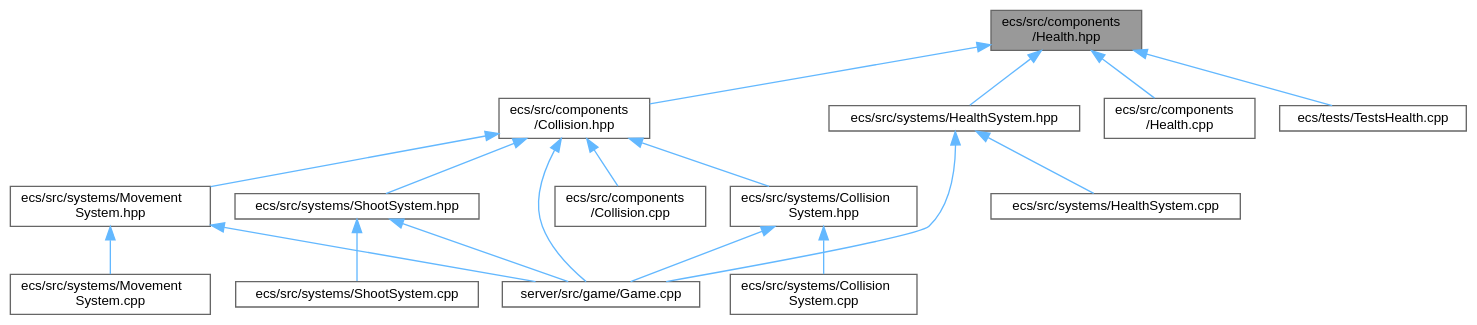
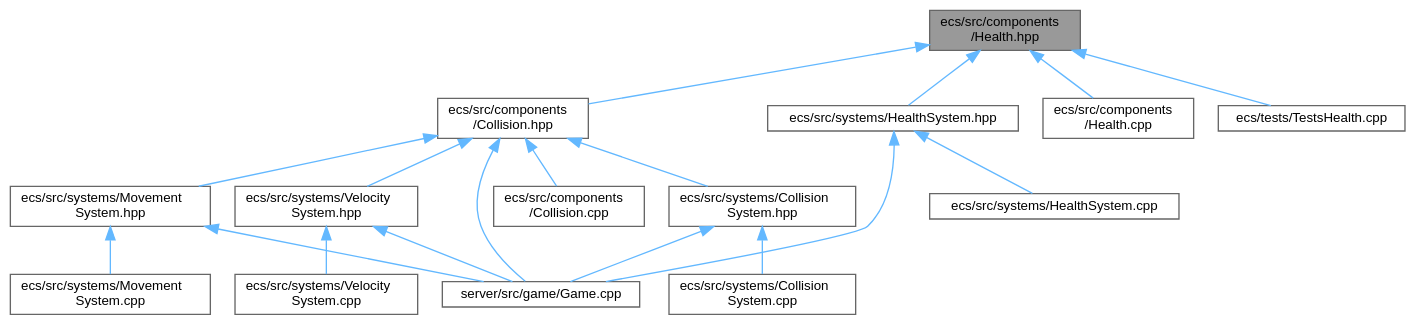
Before and after one commit to Houpsi/R-Type: the diagram in Health_8hpp__dep__incl.dot, drawn with Graphviz. The commit also changed 283 other files, not shown here.

```diff
--- a/Health_8hpp__dep__incl.dot
+++ b/Health_8hpp__dep__incl.dot
@@ -1,38 +1,38 @@
 digraph "ecs/src/components/Health.hpp"
 {
  // LATEX_PDF_SIZE
   bgcolor="transparent";
   edge [fontname=Helvetica,fontsize=10,labelfontname=Helvetica,labelfontsize=10];
   node [fontname=Helvetica,fontsize=10,shape=box,height=0.2,width=0.4];
   Node1 [id="Node000001",label="ecs/src/components\l/Health.hpp",height=0.2,width=0.4,color="gray40", fillcolor="grey60", style="filled", fontcolor="black",tooltip=" "];
   Node1 -> Node2 [id="edge1_Node000001_Node000002",dir="back",color="steelblue1",style="solid",tooltip=" "];
   Node2 [id="Node000002",label="ecs/src/components\l/Collision.hpp",height=0.2,width=0.4,color="grey40", fillcolor="white", style="filled",URL="$Collision_8hpp.html",tooltip=" "];
   Node2 -> Node3 [id="edge2_Node000002_Node000003",dir="back",color="steelblue1",style="solid",tooltip=" "];
   Node3 [id="Node000003",label="ecs/src/components\l/Collision.cpp",height=0.2,width=0.4,color="grey40", fillcolor="white", style="filled",URL="$Collision_8cpp.html",tooltip=" "];
   Node2 -> Node4 [id="edge3_Node000002_Node000004",dir="back",color="steelblue1",style="solid",tooltip=" "];
   Node4 [id="Node000004",label="ecs/src/systems/Collision\lSystem.hpp",height=0.2,width=0.4,color="grey40", fillcolor="white", style="filled",URL="$CollisionSystem_8hpp.html",tooltip=" "];
   Node4 -> Node5 [id="edge4_Node000004_Node000005",dir="back",color="steelblue1",style="solid",tooltip=" "];
   Node5 [id="Node000005",label="ecs/src/systems/Collision\lSystem.cpp",height=0.2,width=0.4,color="grey40", fillcolor="white", style="filled",URL="$CollisionSystem_8cpp.html",tooltip=" "];
   Node4 -> Node6 [id="edge5_Node000004_Node000006",dir="back",color="steelblue1",style="solid",tooltip=" "];
   Node6 [id="Node000006",label="server/src/game/Game.cpp",height=0.2,width=0.4,color="grey40", fillcolor="white", style="filled",URL="$Game_8cpp.html",tooltip=" "];
   Node2 -> Node7 [id="edge6_Node000002_Node000007",dir="back",color="steelblue1",style="solid",tooltip=" "];
   Node7 [id="Node000007",label="ecs/src/systems/Movement\lSystem.hpp",height=0.2,width=0.4,color="grey40", fillcolor="white", style="filled",URL="$MovementSystem_8hpp.html",tooltip=" "];
   Node7 -> Node8 [id="edge7_Node000007_Node000008",dir="back",color="steelblue1",style="solid",tooltip=" "];
   Node8 [id="Node000008",label="ecs/src/systems/Movement\lSystem.cpp",height=0.2,width=0.4,color="grey40", fillcolor="white", style="filled",URL="$MovementSystem_8cpp.html",tooltip=" "];
   Node7 -> Node6 [id="edge8_Node000007_Node000006",dir="back",color="steelblue1",style="solid",tooltip=" "];
   Node2 -> Node9 [id="edge9_Node000002_Node000009",dir="back",color="steelblue1",style="solid",tooltip=" "];
-  Node9 [id="Node000009",label="ecs/src/systems/ShootSystem.hpp",height=0.2,width=0.4,color="grey40", fillcolor="white", style="filled",URL="$ShootSystem_8hpp.html",tooltip=" "];
+  Node9 [id="Node000009",label="ecs/src/systems/Velocity\lSystem.hpp",height=0.2,width=0.4,color="grey40", fillcolor="white", style="filled",URL="$VelocitySystem_8hpp.html",tooltip=" "];
   Node9 -> Node10 [id="edge10_Node000009_Node000010",dir="back",color="steelblue1",style="solid",tooltip=" "];
-  Node10 [id="Node000010",label="ecs/src/systems/ShootSystem.cpp",height=0.2,width=0.4,color="grey40", fillcolor="white", style="filled",URL="$ShootSystem_8cpp.html",tooltip=" "];
+  Node10 [id="Node000010",label="ecs/src/systems/Velocity\lSystem.cpp",height=0.2,width=0.4,color="grey40", fillcolor="white", style="filled",URL="$VelocitySystem_8cpp.html",tooltip=" "];
   Node9 -> Node6 [id="edge11_Node000009_Node000006",dir="back",color="steelblue1",style="solid",tooltip=" "];
   Node2 -> Node6 [id="edge12_Node000002_Node000006",dir="back",color="steelblue1",style="solid",tooltip=" "];
   Node1 -> Node11 [id="edge13_Node000001_Node000011",dir="back",color="steelblue1",style="solid",tooltip=" "];
   Node11 [id="Node000011",label="ecs/src/components\l/Health.cpp",height=0.2,width=0.4,color="grey40", fillcolor="white", style="filled",URL="$Health_8cpp.html",tooltip=" "];
   Node1 -> Node12 [id="edge14_Node000001_Node000012",dir="back",color="steelblue1",style="solid",tooltip=" "];
   Node12 [id="Node000012",label="ecs/src/systems/HealthSystem.hpp",height=0.2,width=0.4,color="grey40", fillcolor="white", style="filled",URL="$HealthSystem_8hpp.html",tooltip=" "];
   Node12 -> Node13 [id="edge15_Node000012_Node000013",dir="back",color="steelblue1",style="solid",tooltip=" "];
   Node13 [id="Node000013",label="ecs/src/systems/HealthSystem.cpp",height=0.2,width=0.4,color="grey40", fillcolor="white", style="filled",URL="$HealthSystem_8cpp.html",tooltip=" "];
   Node12 -> Node6 [id="edge16_Node000012_Node000006",dir="back",color="steelblue1",style="solid",tooltip=" "];
   Node1 -> Node14 [id="edge17_Node000001_Node000014",dir="back",color="steelblue1",style="solid",tooltip=" "];
   Node14 [id="Node000014",label="ecs/tests/TestsHealth.cpp",height=0.2,width=0.4,color="grey40", fillcolor="white", style="filled",URL="$TestsHealth_8cpp.html",tooltip=" "];
 }
```
